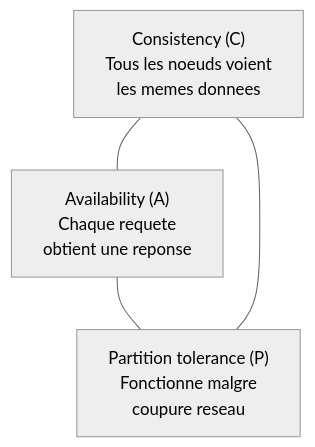
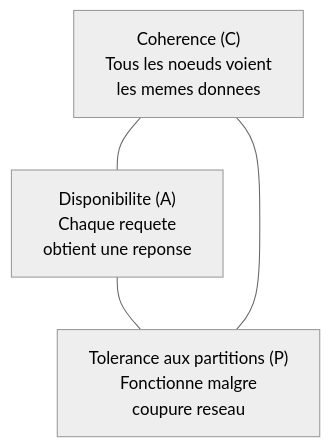
The second of 3 diagrams in docs/S6/Bases_de_Donnees/guide/07-nosql-databases.md (Aer-3888/insa-guide-web), drawn with Mermaid (neutral theme) before and after one commit. The commit also changed other lines of this file and 336 other files, not shown here.

````diff
--- a/docs/S6/Bases_de_Donnees/guide/07-nosql-databases.md
+++ b/docs/S6/Bases_de_Donnees/guide/07-nosql-databases.md
@@ -45,9 +45,9 @@
 ```mermaid
 flowchart TD
-    C["Consistency (C)\nTous les noeuds voient\nles memes donnees"]
-    A["Availability (A)\nChaque requete\nobtient une reponse"]
-    P["Partition tolerance (P)\nFonctionne malgre\ncoupure reseau"]
+    C["Coherence (C)\nTous les noeuds voient\nles memes donnees"]
+    A["Disponibilite (A)\nChaque requete\nobtient une reponse"]
+    P["Tolerance aux partitions (P)\nFonctionne malgre\ncoupure reseau"]
     C --- A
     A --- P
     P --- C
 ```
````
